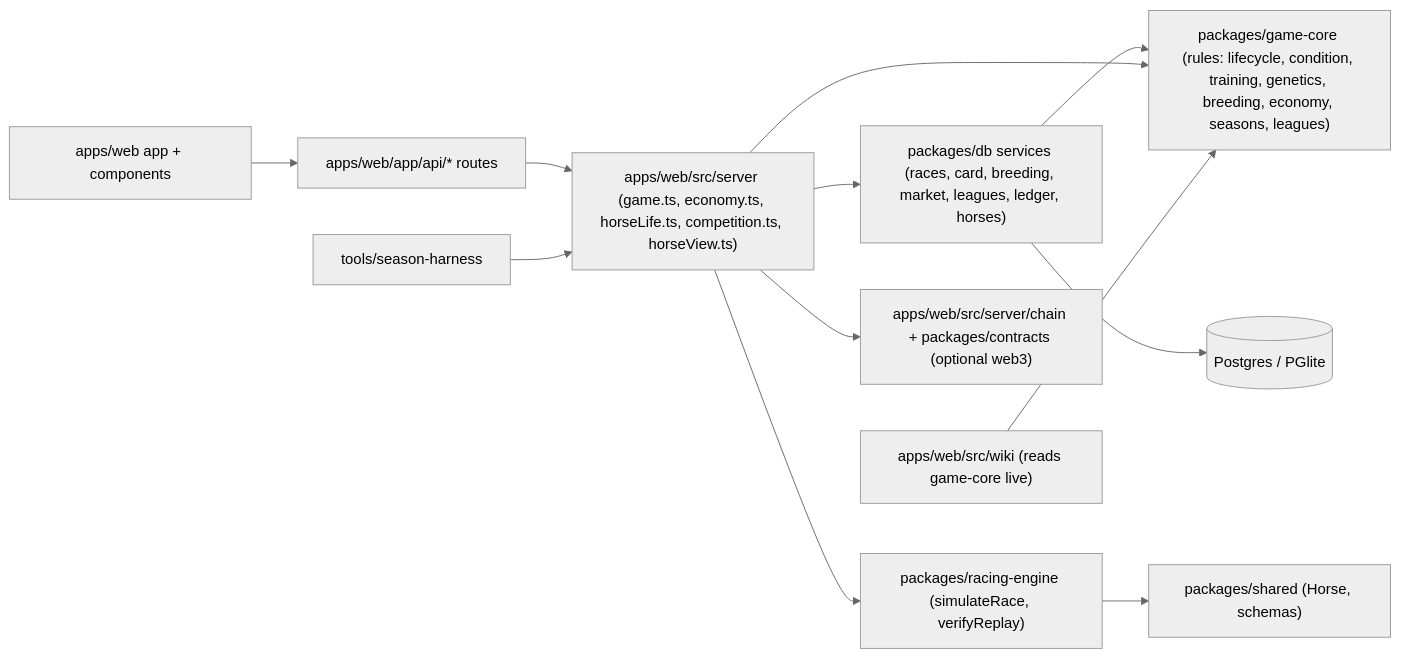
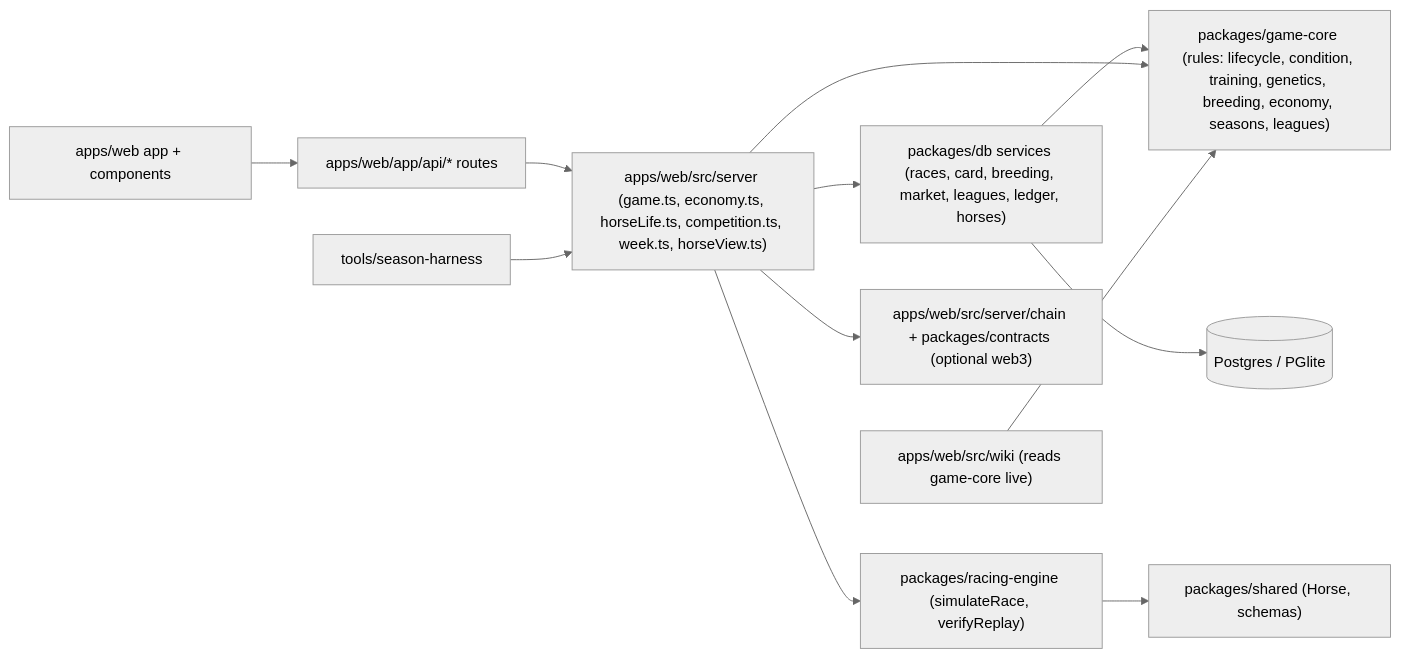
Before and after one commit to stephenclawdbot-png/ranch-game: the sixth of 7 diagrams in docs/foundation/GAME-SYSTEMS.md, drawn with Mermaid (neutral theme). The commit also changed other lines of this file and 14 other files, not shown here.

````diff
--- a/docs/foundation/GAME-SYSTEMS.md
+++ b/docs/foundation/GAME-SYSTEMS.md
@@ -181,14 +200,14 @@
 ```mermaid
 flowchart LR
   ui["apps/web app + components"] --> api["apps/web/app/api/* routes"]
-  api --> server["apps/web/src/server (game.ts, economy.ts, horseLife.ts, competition.ts, horseView.ts)"]
+  api --> server["apps/web/src/server (game.ts, economy.ts, horseLife.ts, competition.ts, week.ts, horseView.ts)"]
   server --> db["packages/db services (races, card, breeding, market, leagues, ledger, horses)"]
   server --> engine["packages/racing-engine (simulateRace, verifyReplay)"]
   db --> core["packages/game-core (rules: lifecycle, condition, training, genetics, breeding, economy, seasons, leagues)"]
   server --> core
   engine --> shared["packages/shared (Horse, schemas)"]
   db --> pg[("Postgres / PGlite")]
   server --> chain["apps/web/src/server/chain + packages/contracts (optional web3)"]
   wiki["apps/web/src/wiki (reads game-core live)"] --> core
   harness["tools/season-harness"] --> server
 ```
````
